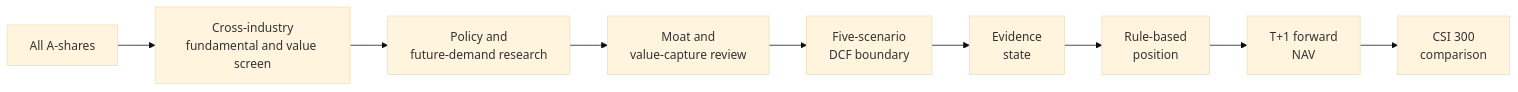
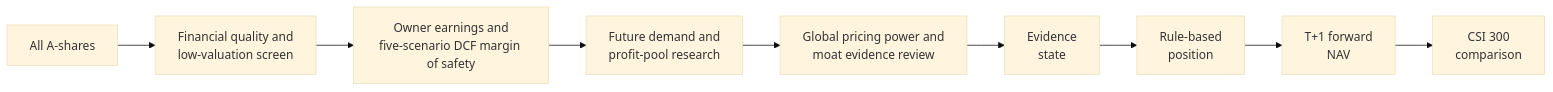
One commit to MIngQian04/a-share-moat-value-strategy changed the diagram in README.md. Above: the diagram before and after it, drawn with Mermaid (base theme). The commit also changed other lines of this file and 4 other files, not shown here.

Commit message:
Rename strategy around margin of safety and pricing power

````diff
--- a/README.md
+++ b/README.md
@@ -51,11 +55,11 @@
 ```mermaid
 flowchart LR
-    A["All A-shares"] --> B["Cross-industry<br/>fundamental and value screen"]
-    B --> C["Policy and<br/>future-demand research"]
-    C --> D["Moat and<br/>value-capture review"]
-    D --> E["Five-scenario<br/>DCF boundary"]
+    A["All A-shares"] --> B["Financial quality and<br/>low-valuation screen"]
+    B --> C["Owner earnings and<br/>five-scenario DCF margin of safety"]
+    C --> D["Future demand and<br/>profit-pool research"]
+    D --> E["Global pricing power and<br/>moat evidence review"]
     E --> F["Evidence<br/>state"]
     F --> G["Rule-based<br/>position"]
     G --> H["T+1 forward<br/>NAV"]
     H --> I["CSI 300<br/>comparison"]
 ```
````
